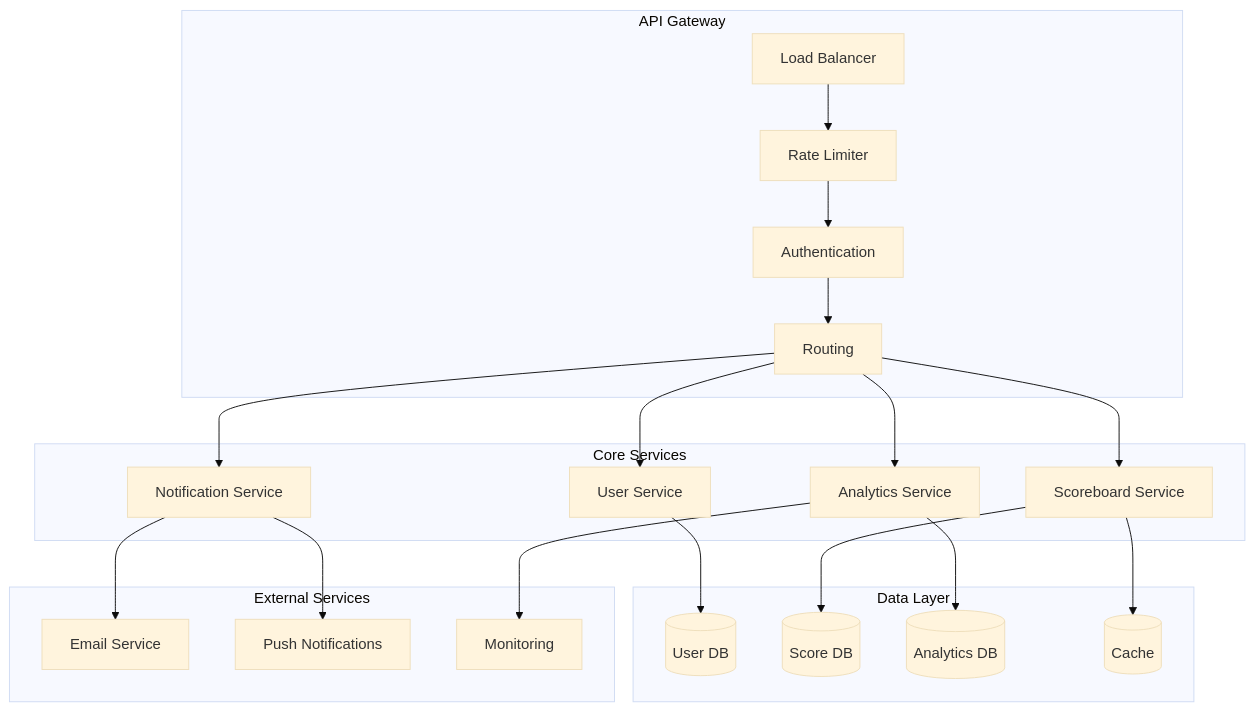
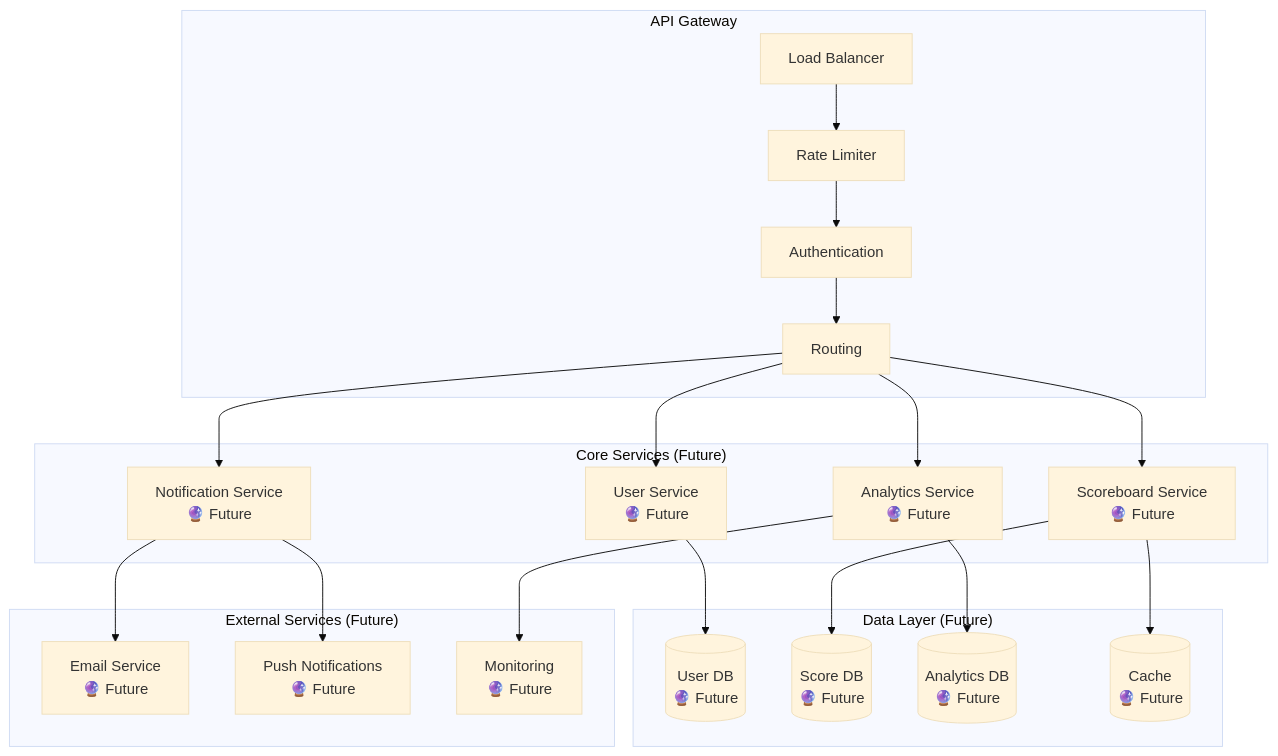
The second of 22 diagrams in src/problem6/docs/FLOW_DIAGRAM.md (hashcott/code-challenge), drawn with Mermaid (base theme) before and after one commit. The commit also changed other lines of this file, not shown here.

Commit message:
docs: update flow

````diff
--- a/src/problem6/docs/FLOW_DIAGRAM.md
+++ b/src/problem6/docs/FLOW_DIAGRAM.md
@@ -41,40 +65,40 @@
 ```mermaid
 graph TB
     subgraph "API Gateway"
         A[Load Balancer] --> B[Rate Limiter]
         B --> C[Authentication]
         C --> D[Routing]
     end
     
-    subgraph "Core Services"
-        E[User Service]
-        F[Scoreboard Service]
-        G[Notification Service]
-        H[Analytics Service]
+    subgraph "Core Services (Future)"
+        E[User Service<br/>🔮 Future]
+        F[Scoreboard Service<br/>🔮 Future]
+        G[Notification Service<br/>🔮 Future]
+        H[Analytics Service<br/>🔮 Future]
     end
     
-    subgraph "Data Layer"
-        I[(User DB)]
-        J[(Score DB)]
-        K[(Analytics DB)]
-        L[(Cache)]
+    subgraph "Data Layer (Future)"
+        I[(User DB<br/>🔮 Future)]
+        J[(Score DB<br/>🔮 Future)]
+        K[(Analytics DB<br/>🔮 Future)]
+        L[(Cache<br/>🔮 Future)]
     end
     
-    subgraph "External Services"
-        M[Email Service]
-        N[Push Notifications]
-        O[Monitoring]
+    subgraph "External Services (Future)"
+        M[Email Service<br/>🔮 Future]
+        N[Push Notifications<br/>🔮 Future]
+        O[Monitoring<br/>🔮 Future]
     end
     
     D --> E
     D --> F
     D --> G
     D --> H
     E --> I
     F --> J
     G --> M
     H --> K
     F --> L
     G --> N
     H --> O
 ```
````
